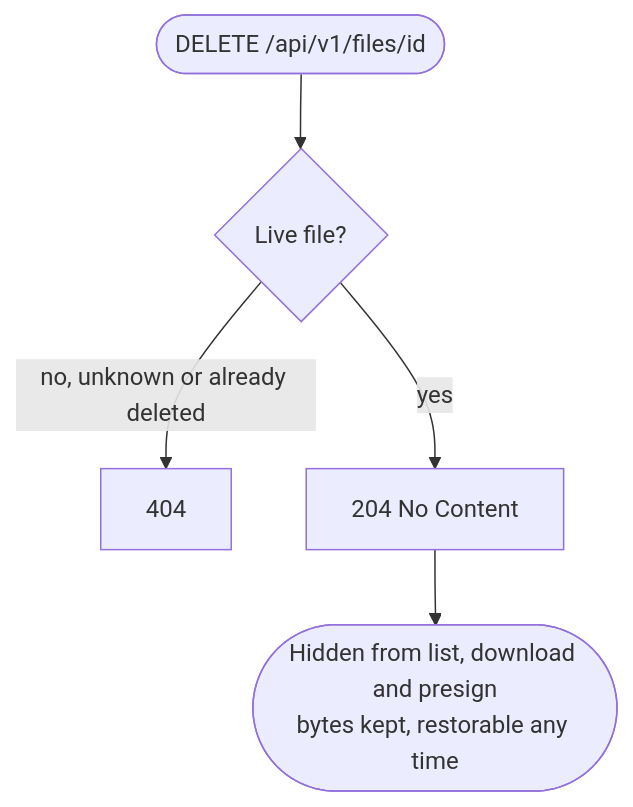
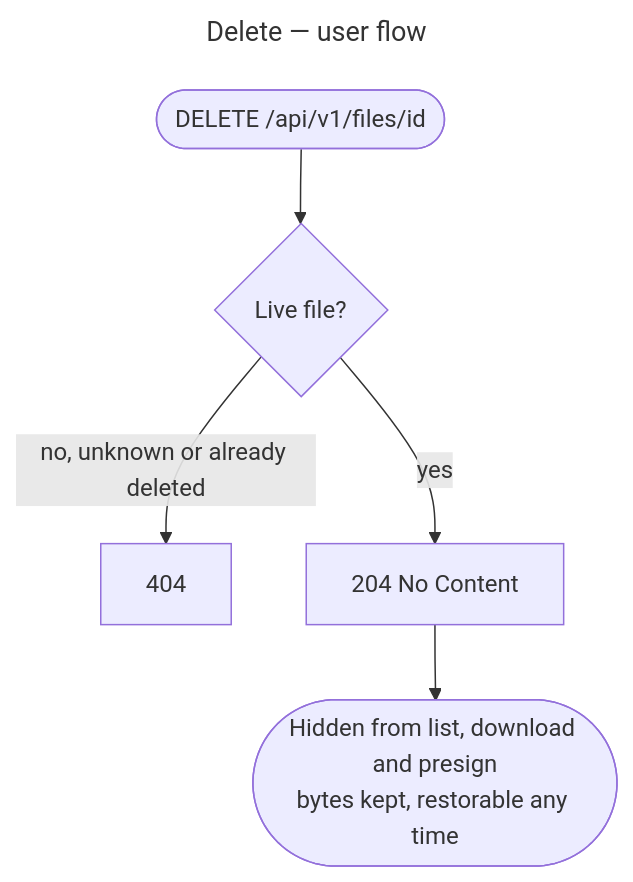
One commit to gmetskhvarishvili/GM.FileStorage.Samples changed the eighth of 11 diagrams in docs/user-flows.md. Above: the diagram before and after it, drawn with Mermaid. The commit also changed other lines of this file and 7 other files, not shown here.

First line of the commit message:
docs: name every diagram "subject — kind" and index them

````diff
--- a/docs/user-flows.md
+++ b/docs/user-flows.md
@@ -134,7 +158,10 @@
 ```mermaid
+---
+title: Delete — user flow
+---
 flowchart TD
     start([DELETE /api/v1/files/id]) --> live{Live file?}
     live -- no, unknown or already deleted --> f404[404]
     live -- yes --> ok[204 No Content]
     ok --> after([Hidden from list, download and presign<br/>bytes kept, restorable any time])
 ```
````
